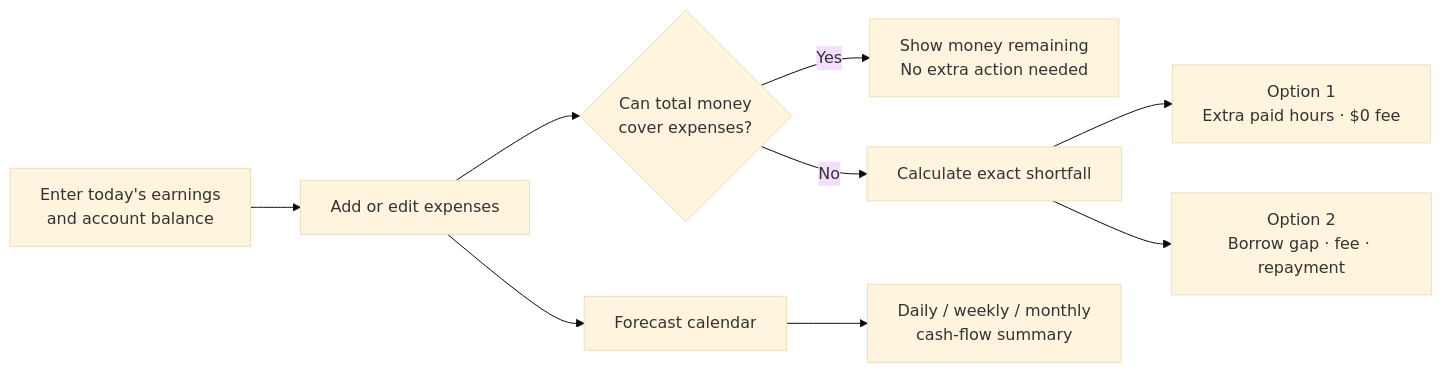
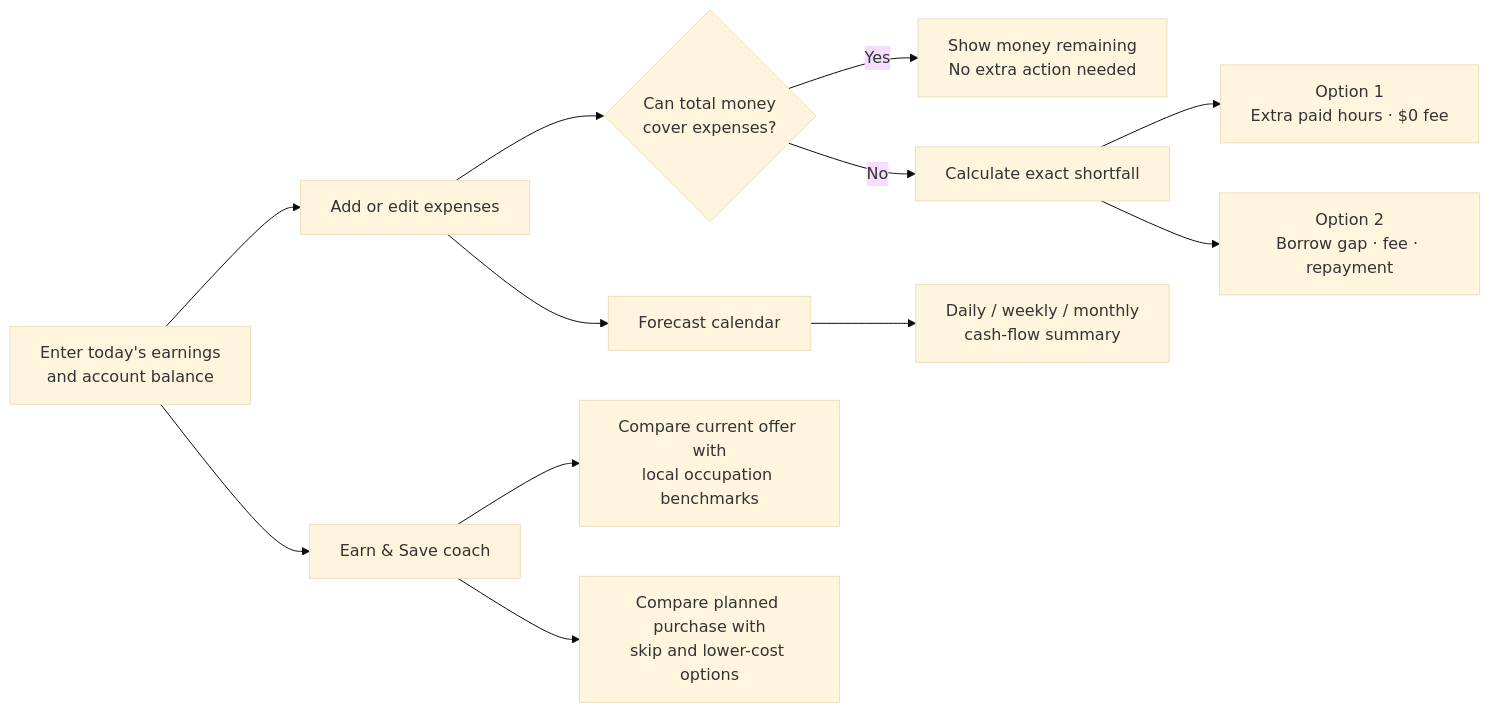
Before and after one commit to krutarthsathe/money-coach: the diagram in README.md, drawn with Mermaid (base theme). The commit also changed other lines of this file and 4 other files, not shown here.

Commit message:
docs: add Earn and Save submission evidence

````diff
--- a/README.md
+++ b/README.md
@@ -71,11 +75,14 @@
 ```mermaid
 flowchart LR
     A["Enter today's earnings<br/>and account balance"] --> B["Add or edit expenses"]
     B --> C{"Can total money<br/>cover expenses?"}
     C -->|Yes| D["Show money remaining<br/>No extra action needed"]
     C -->|No| E["Calculate exact shortfall"]
     E --> F["Option 1<br/>Extra paid hours · $0 fee"]
     E --> G["Option 2<br/>Borrow gap · fee · repayment"]
     B --> H["Forecast calendar"]
     H --> I["Daily / weekly / monthly<br/>cash-flow summary"]
+    A --> J["Earn & Save coach"]
+    J --> K["Compare current offer with<br/>local occupation benchmarks"]
+    J --> L["Compare planned purchase with<br/>skip and lower-cost options"]
 ```
````
